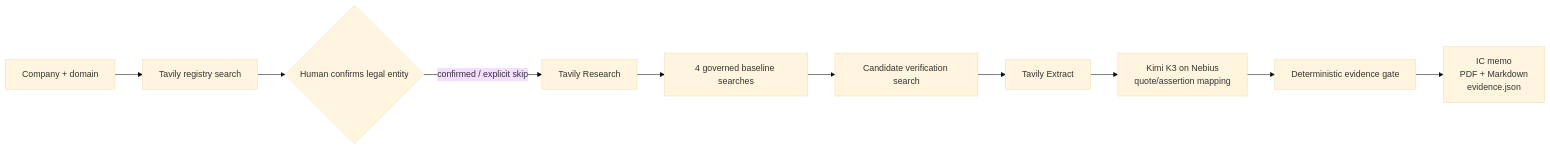
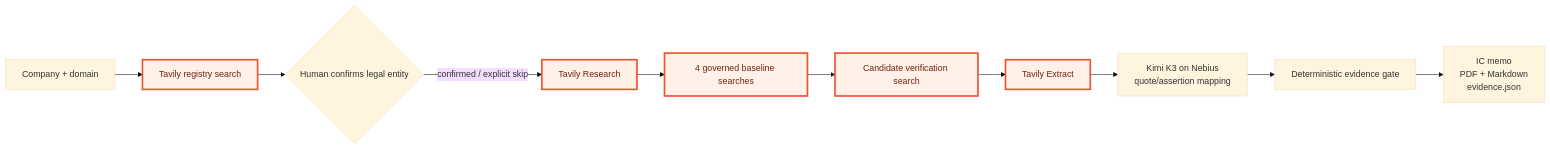
One commit to 0xtigerclaw/deal_lens changed the second of 3 diagrams in README.md. Above: the diagram before and after it, drawn with Mermaid (base theme). The commit also changed other lines of this file and 12 other files, not shown here.

````diff
--- a/README.md
+++ b/README.md
@@ -108,12 +116,15 @@
 ```mermaid
 flowchart LR
     A["Company + domain"] --> R["Tavily registry search"]
     R --> H{"Human confirms legal entity"}
     H -->|"confirmed / explicit skip"| D["Tavily Research"]
     D --> B["4 governed baseline searches"]
     B --> V["Candidate verification search"]
     V --> X["Tavily Extract"]
     X --> K["Kimi K3 on Nebius<br/>quote/assertion mapping"]
     K --> G["Deterministic evidence gate"]
     G --> O["IC memo<br/>PDF + Markdown<br/>evidence.json"]
+
+    classDef tavily fill:#fff0e8,stroke:#f0522d,stroke-width:3px,color:#70230f
+    class R,D,B,V,X tavily
 ```
````
